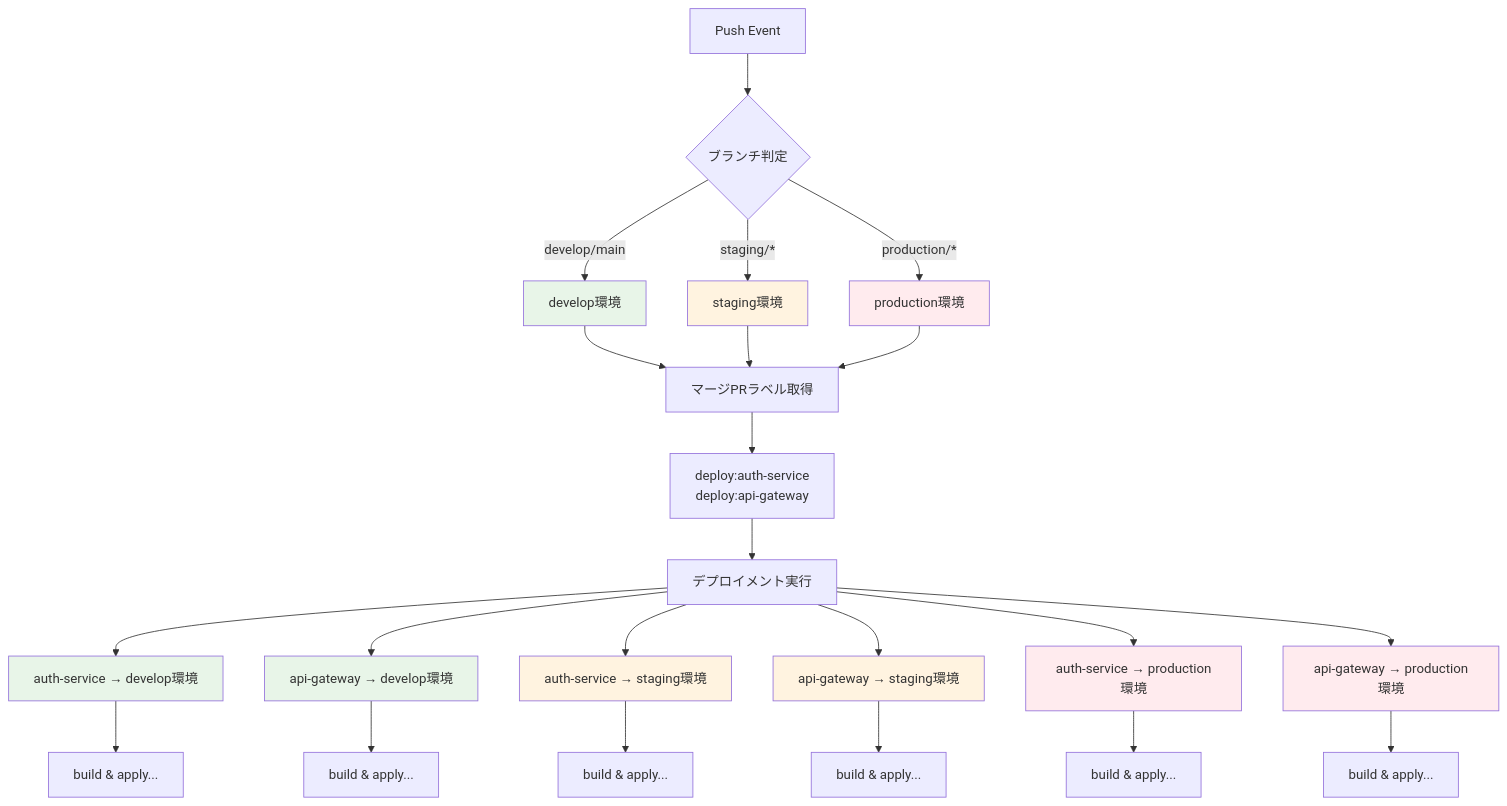
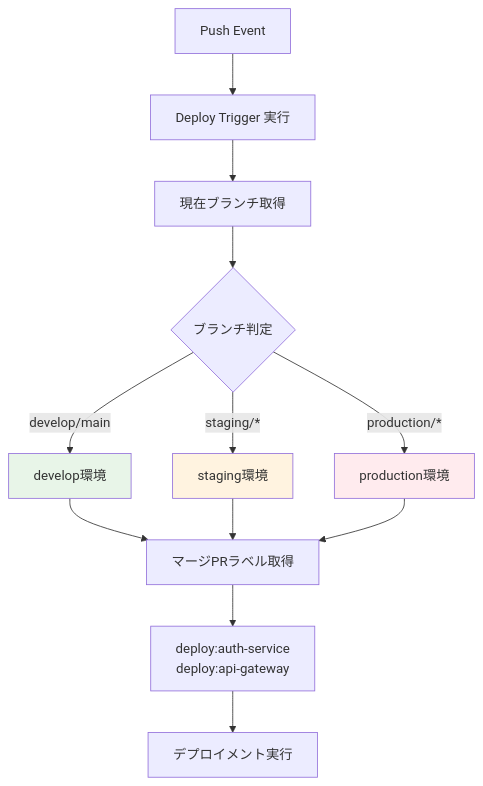
The third of 4 diagrams in .github/scripts/deploy-trigger/README.md (panicboat/monorepo), drawn with Mermaid before and after one commit. The commit also changed other lines of this file and 14 other files, not shown here.

Commit message:
test: deploy github-oidc-auth (#116)

````diff
--- a/.github/scripts/deploy-trigger/README.md
+++ b/.github/scripts/deploy-trigger/README.md
@@ -89,40 +89,21 @@
 ```mermaid
 flowchart TD
-    A[Push Event] --> B{ブランチ判定}
+    A[Push Event] --> B[Deploy Trigger 実行]
+    B --> C[現在ブランチ取得]
+    C --> D{ブランチ判定}
 
-    B -->|develop/main| C[develop環境]
-    B -->|staging/*| D[staging環境]
-    B -->|production/*| E[production環境]
+    D -->|develop/main| E[develop環境]
+    D -->|staging/*| F[staging環境]
+    D -->|production/*| G[production環境]
 
-    C --> F[マージPRラベル取得]
-    D --> F
-    E --> F
+    E --> H[マージPRラベル取得]
+    F --> H
+    G --> H
 
-    F --> G[deploy:auth-service<br/>deploy:api-gateway]
+    H --> I[deploy:auth-service<br/>deploy:api-gateway]
+    I --> J[デプロイメント実行]
 
-    G --> H[デプロイメント実行]
-
-    H --> I[auth-service → develop環境]
-    H --> J[api-gateway → develop環境]
-    H --> K[auth-service → staging環境]
-    H --> L[api-gateway → staging環境]
-    H --> M[auth-service → production環境]
-    H --> N[api-gateway → production環境]
-
-    I --> O[build & apply...]
-    J --> P[build & apply...]
-    K --> Q[build & apply...]
-    L --> R[build & apply...]
-    M --> S[build & apply...]
-    N --> T[build & apply...]
-
-    style C fill:#e8f5e8
-    style D fill:#fff3e0
-    style E fill:#ffebee
-    style I fill:#e8f5e8
-    style J fill:#e8f5e8
-    style K fill:#fff3e0
-    style L fill:#fff3e0
-    style M fill:#ffebee
-    style N fill:#ffebee
+    style E fill:#e8f5e8
+    style F fill:#fff3e0
+    style G fill:#ffebee
 ```
````
